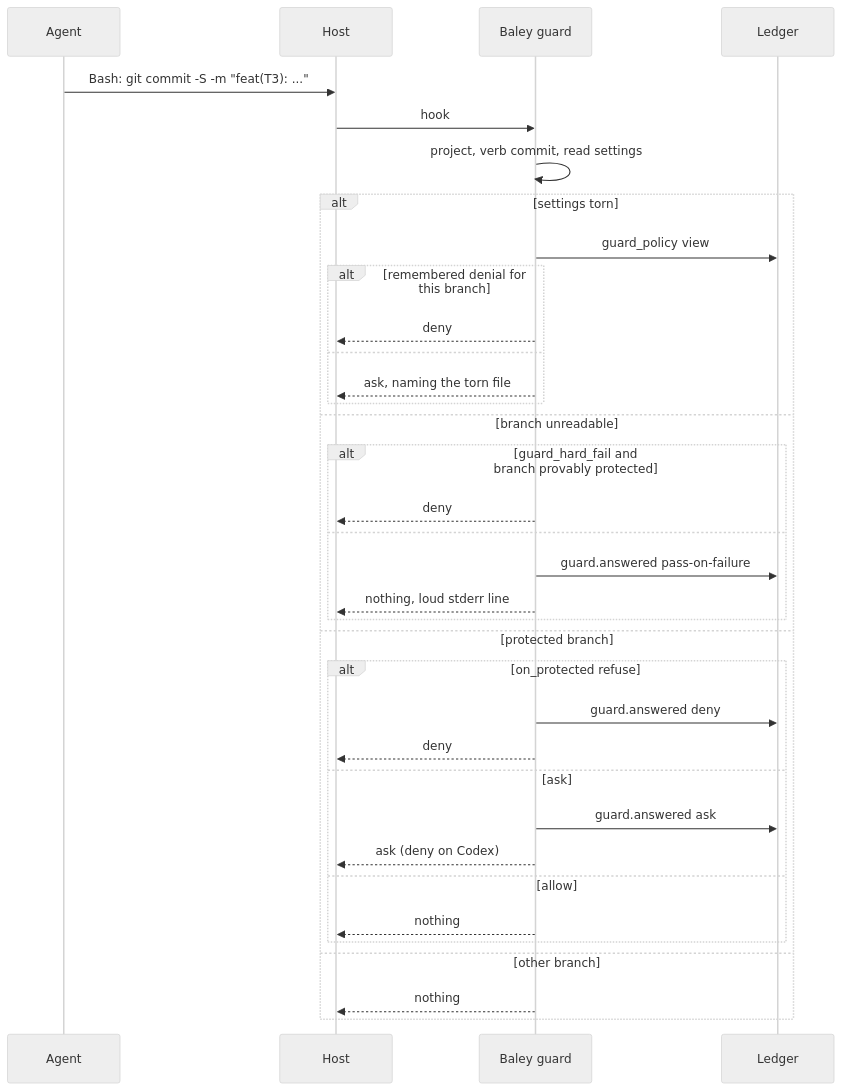
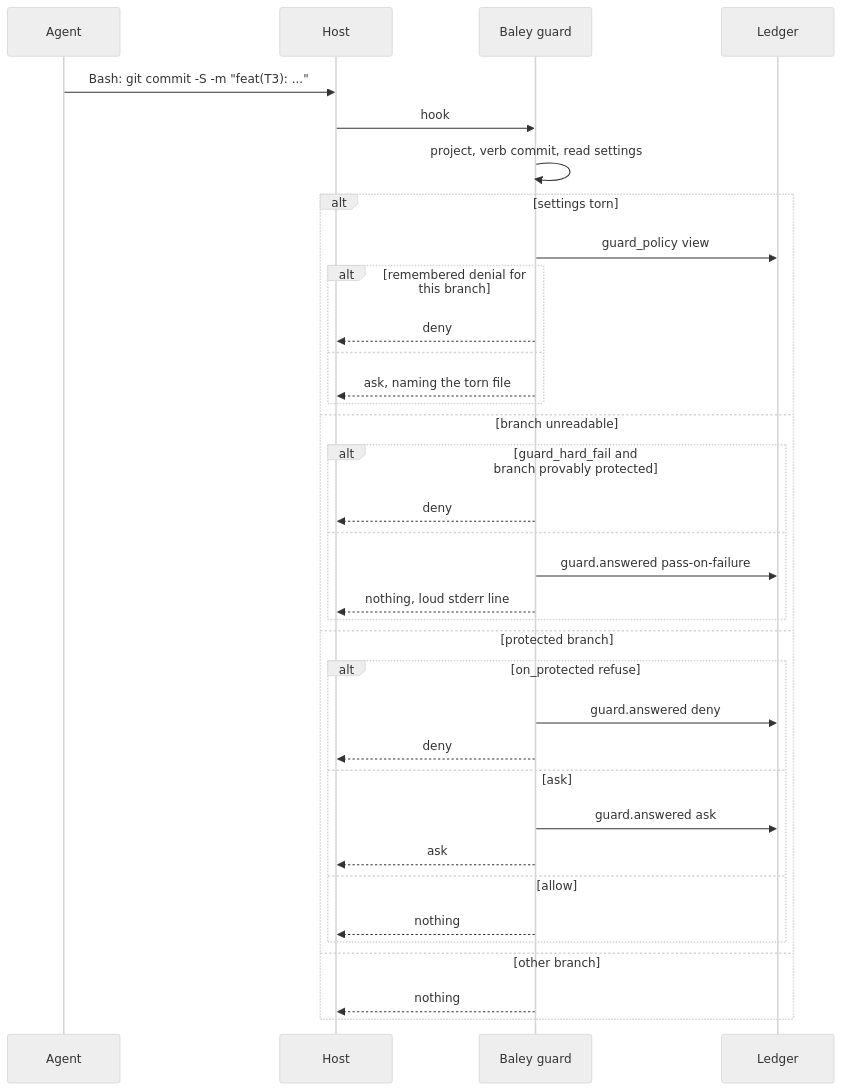
One commit to crenshawdev/baley changed the third of 3 diagrams in docs/design/0010-guard.md. Above: the diagram before and after it, drawn with Mermaid (neutral theme). The commit also changed other lines of this file, not shown here.

````diff
--- a/docs/design/0010-guard.md
+++ b/docs/design/0010-guard.md
@@ -182,37 +179,37 @@
 ```mermaid
 sequenceDiagram
   participant A as Agent
   participant H as Host
   participant G as Baley guard
   participant L as Ledger
   A->>H: Bash: git commit -S -m "feat(T3): ..."
   H->>G: hook
   G->>G: project, verb commit, read settings
   alt settings torn
     G->>L: guard_policy view
     alt remembered denial for this branch
       G-->>H: deny
     else
       G-->>H: ask, naming the torn file
     end
   else branch unreadable
     alt guard_hard_fail and branch provably protected
       G-->>H: deny
     else
       G->>L: guard.answered pass-on-failure
       G-->>H: nothing, loud stderr line
     end
   else protected branch
     alt on_protected refuse
       G->>L: guard.answered deny
       G-->>H: deny
     else ask
       G->>L: guard.answered ask
-      G-->>H: ask (deny on Codex)
+      G-->>H: ask
     else allow
       G-->>H: nothing
     end
   else other branch
     G-->>H: nothing
   end
 ```
````
